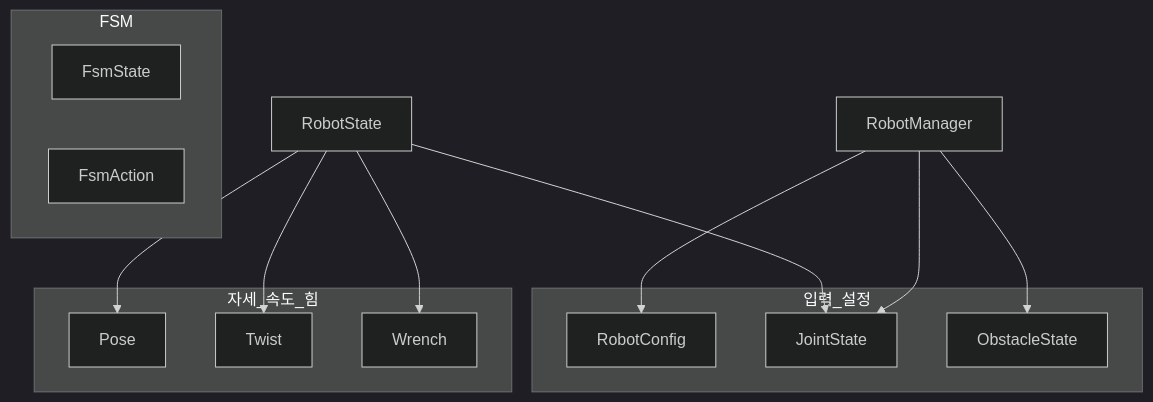
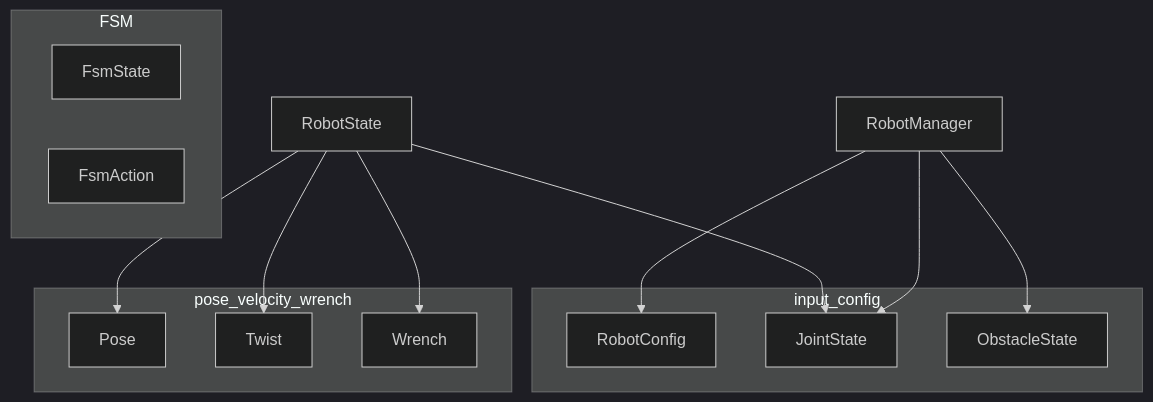
Before and after one commit to SeonilChoi/robot_manager: the second of 2 diagrams in src/robot_manager/README.md, drawn with Mermaid (dark theme). The commit also changed other lines of this file, not shown here.

````diff
--- a/src/robot_manager/README.md
+++ b/src/robot_manager/README.md
@@ -113,24 +113,24 @@
 ```mermaid
 flowchart TB
-  subgraph 입력_설정
+  subgraph input_config
     RobotConfig
     JointState
     ObstacleState
   end
-  subgraph 자세_속도_힘
+  subgraph pose_velocity_wrench
     Pose
     Twist
     Wrench
   end
   subgraph FSM
     FsmState
     FsmAction
   end
   RobotState --> Pose
   RobotState --> Twist
   RobotState --> Wrench
   RobotState --> JointState
   RobotManager --> RobotConfig
   RobotManager --> JointState
   RobotManager --> ObstacleState
 ```
````
